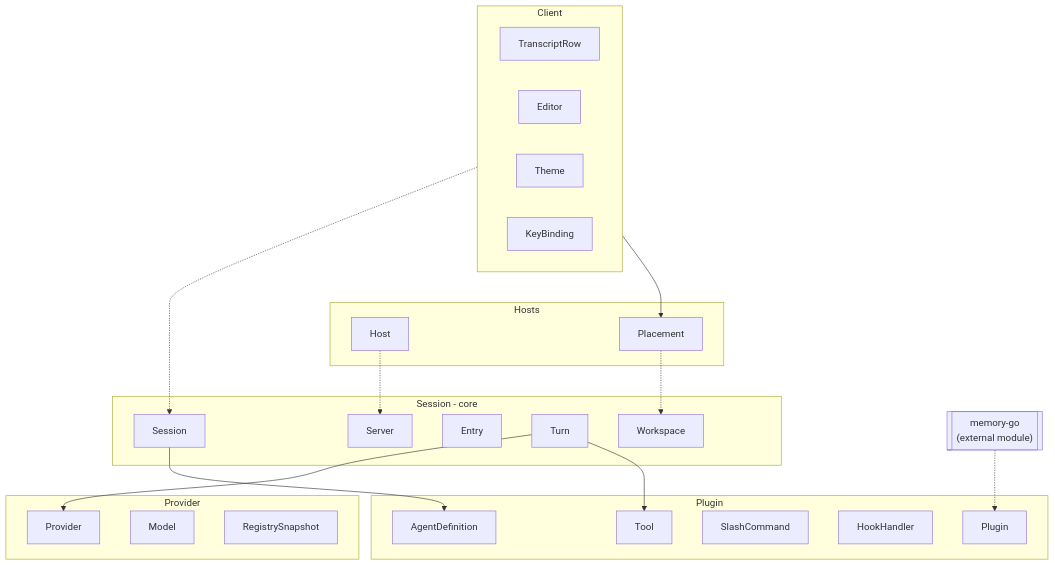
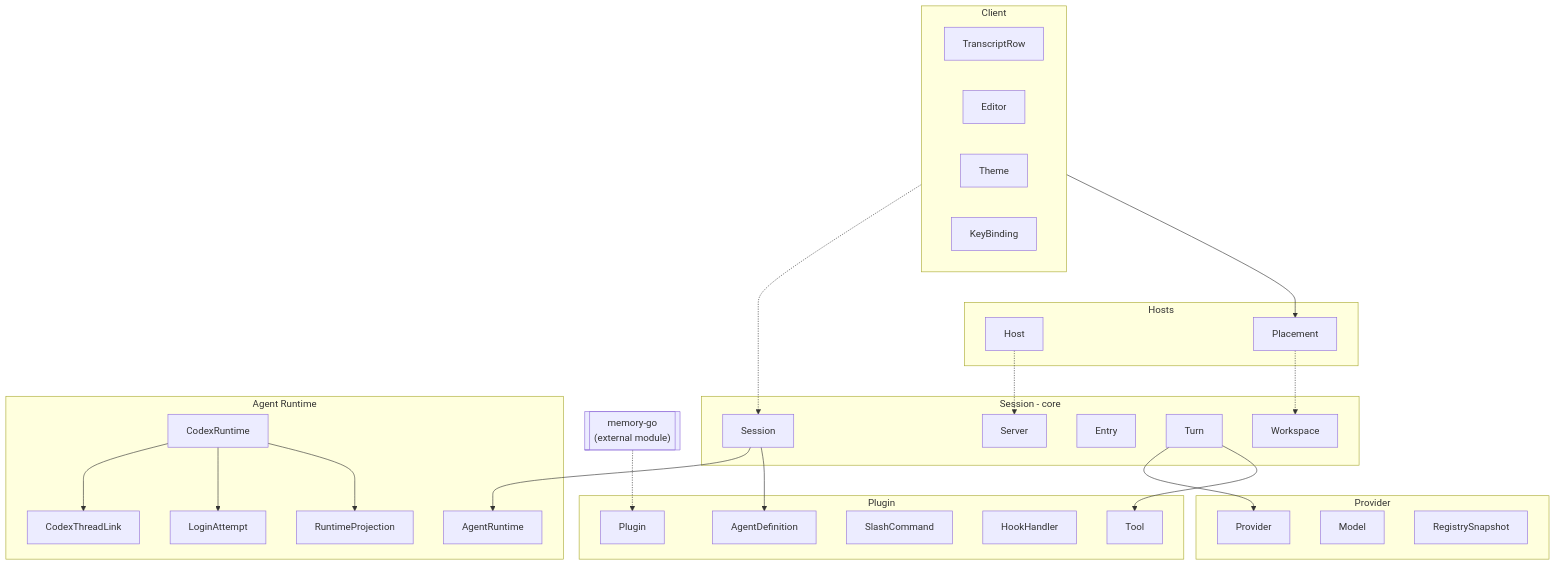
One commit to guygrigsby/rudy changed the first of 11 diagrams in docs/specs/rudy-domain-model.md. Above: the diagram before and after it, drawn with Mermaid. The commit also changed other lines of this file and 6 other files, not shown here.

Commit message:
docs: define Codex App Server runtime

````diff
--- a/docs/specs/rudy-domain-model.md
+++ b/docs/specs/rudy-domain-model.md
@@ -7,40 +11,51 @@
 ```mermaid
 flowchart TB
     subgraph SC["Session - core"]
         Server
         Session
         Entry
         Turn
         Workspace
     end
     subgraph PC["Provider"]
         Provider
         Model
         RegistrySnapshot
+    end
+    subgraph AR["Agent Runtime"]
+        AgentRuntime
+        CodexRuntime
+        CodexThreadLink
+        LoginAttempt
+        RuntimeProjection
     end
     subgraph PL["Plugin"]
         Plugin
         Tool
         SlashCommand
         HookHandler
         AgentDefinition
     end
     subgraph CL["Client"]
         TranscriptRow
         Editor
         Theme
         KeyBinding
     end
     subgraph HO["Hosts"]
         Host
         Placement
     end
     CL -.-> Session
     CL --> Placement
     Host -.-> Server
     Placement -.-> Workspace
     MEM[["memory-go<br/>(external module)"]] -.-> Plugin
     Turn --> Provider
+    Session --> AgentRuntime
+    CodexRuntime --> CodexThreadLink
+    CodexRuntime --> LoginAttempt
+    CodexRuntime --> RuntimeProjection
     Turn --> Tool
     Session --> AgentDefinition
 ```
````
